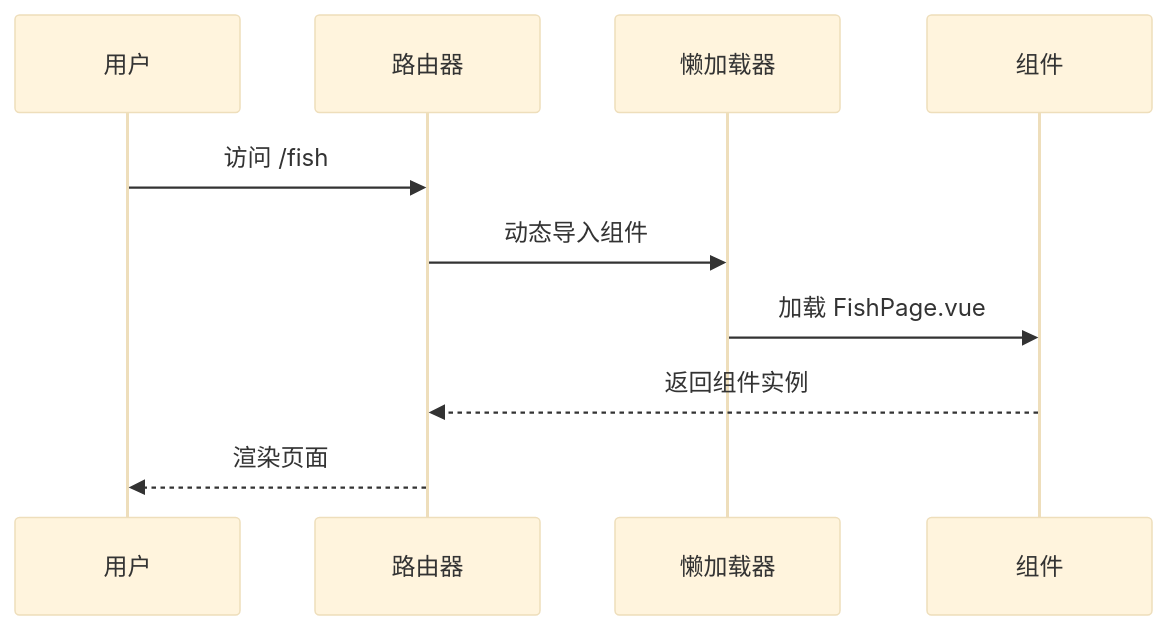
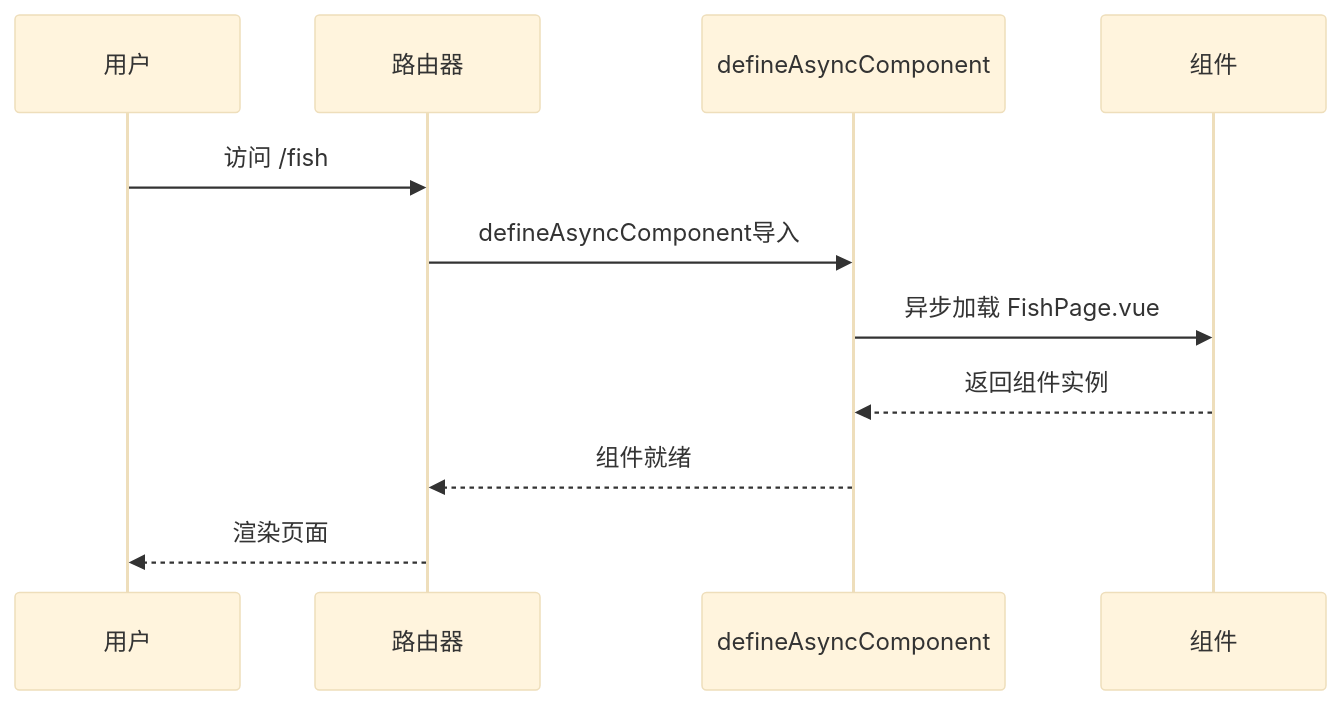
The second of 10 diagrams in .qoder/repowiki/zh/content/路由系统更新.md (yuyezhizhi/yuyezhizhi.github.io), drawn with Mermaid (base theme) before and after one commit. The commit also changed other lines of this file and 9 other files, not shown here.

````diff
--- a/.qoder/repowiki/zh/content/路由系统更新.md
+++ b/.qoder/repowiki/zh/content/路由系统更新.md
@@ -91,12 +111,13 @@
 ```mermaid
 sequenceDiagram
 participant User as 用户
 participant Router as 路由器
-participant LazyLoader as 懒加载器
+participant DefineAsync as defineAsyncComponent
 participant Component as 组件
 User->>Router : 访问 /fish
-Router->>LazyLoader : 动态导入组件
-LazyLoader->>Component : 加载 FishPage.vue
-Component-->>Router : 返回组件实例
+Router->>DefineAsync : defineAsyncComponent导入
+DefineAsync->>Component : 异步加载 FishPage.vue
+Component-->>DefineAsync : 返回组件实例
+DefineAsync-->>Router : 组件就绪
 Router-->>User : 渲染页面
 ```
````
